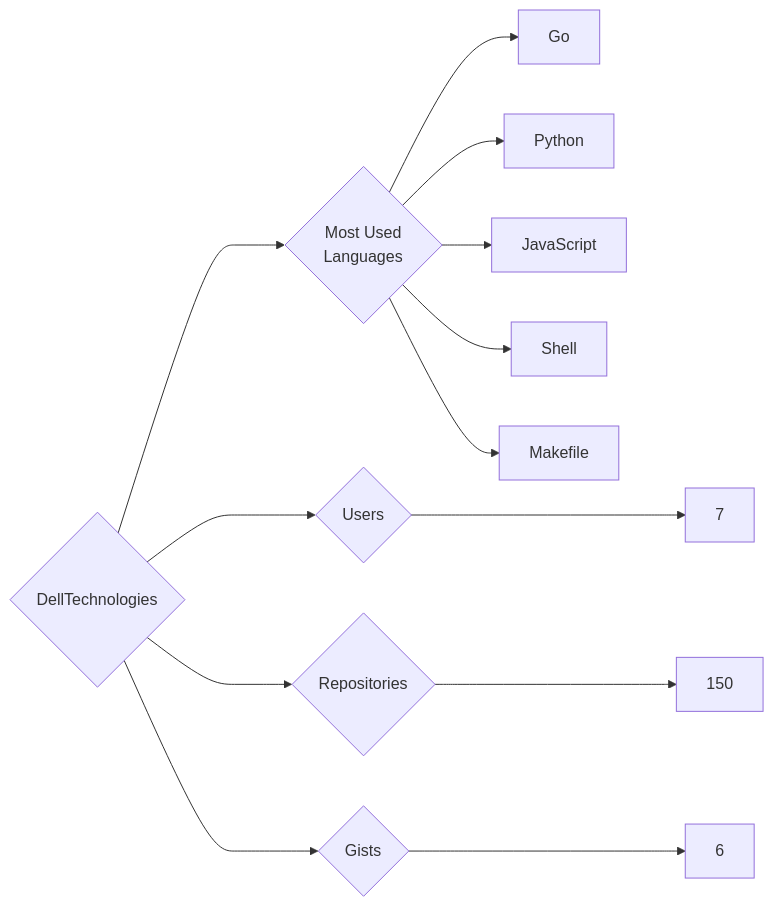
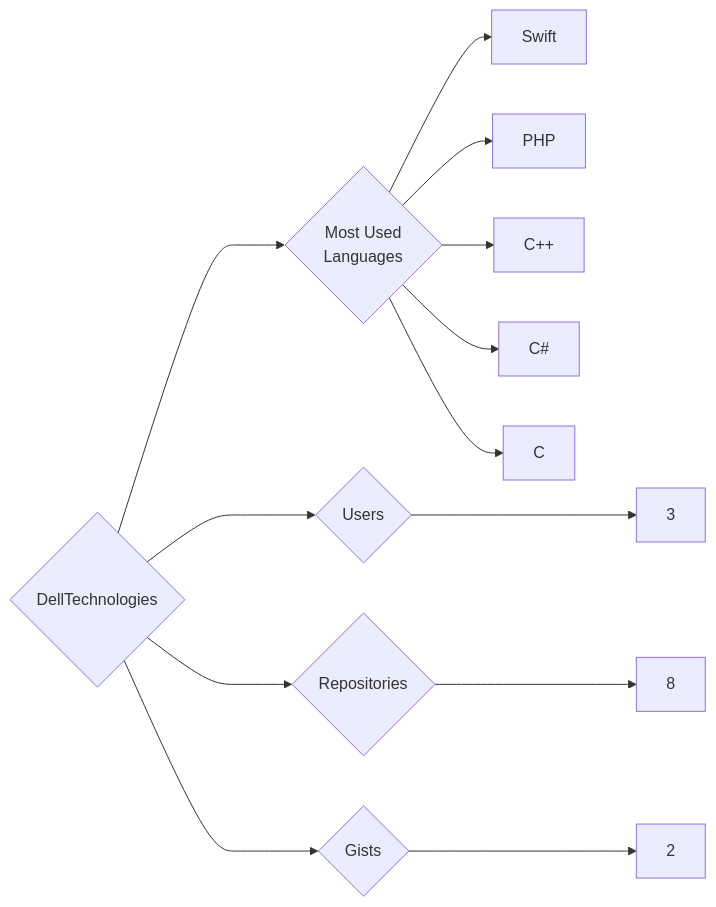
The diagram in targets/DellTechnologies/README.md (trickest/insiders), drawn with Mermaid before and after one commit. The commit also changed 1078 other files, not shown here.

````diff
--- a/targets/DellTechnologies/README.md
+++ b/targets/DellTechnologies/README.md
@@ -3,13 +3,13 @@
 ```mermaid
 graph LR
 COMPANY_NAME{DellTechnologies}
-COMPANY_NAME ---> U{Users} ---> UN[7]
-COMPANY_NAME ---> R{Repositories} ---> RN[150]
-COMPANY_NAME ---> G{Gists} ---> GN[6]
+COMPANY_NAME ---> U{Users} ---> UN[3]
+COMPANY_NAME ---> R{Repositories} ---> RN[8]
+COMPANY_NAME ---> G{Gists} ---> GN[2]
 COMPANY_NAME ---> ML{Most Used<br>Languages}
-ML --> Go[Go]
-ML --> Python[Python]
-ML --> JavaScript[JavaScript]
-ML --> Shell[Shell]
-ML --> Makefile[Makefile]
+ML --> Swift[Swift]
+ML --> PHP[PHP]
+ML --> C++[C++]
+ML --> C#[C#]
+ML --> C[C]
 ```
````
